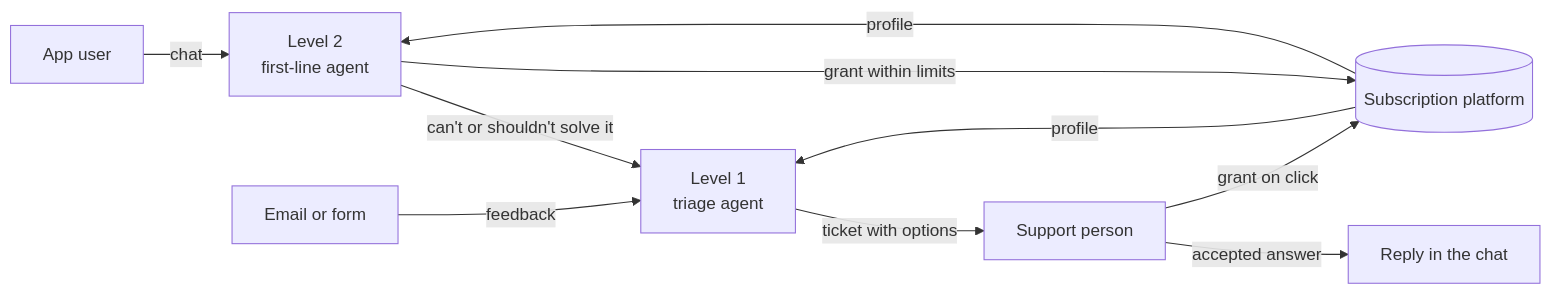
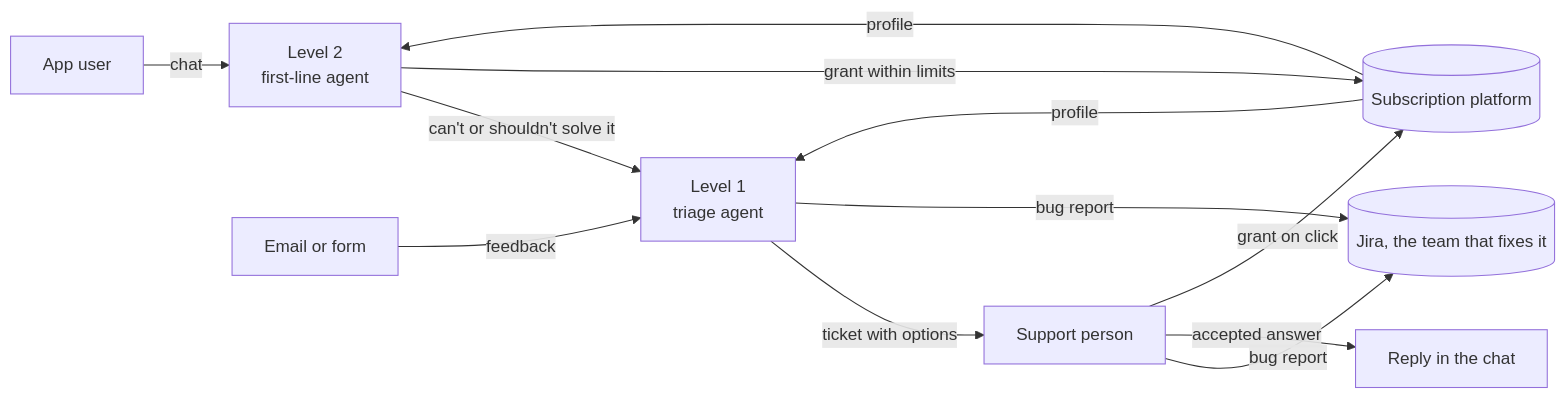
The diagram in README.md (svezhest/adapty-hackathon), drawn with Mermaid before and after one commit. The commit also changed other lines of this file and 19 other files, not shown here.

First line of the commit message:
Level 1 files bug reports in Jira, routed to the team that fixes it

````diff
--- a/README.md
+++ b/README.md
@@ -49,12 +53,14 @@
 ```mermaid
 flowchart LR
     U[App user] -->|chat| L2[Level 2<br>first-line agent]
     F[Email or form] -->|feedback| L1
     L2 -->|can't or shouldn't solve it| L1[Level 1<br>triage agent]
     L1 -->|ticket with options| P[Support person]
+    L1 -->|bug report| J[(Jira, the team that fixes it)]
+    P -->|bug report| J
     P -->|accepted answer| L2C[Reply in the chat]
     L2 -->|grant within limits| A[(Subscription platform)]
     P -->|grant on click| A
     A -->|profile| L2
     A -->|profile| L1
 ```
````
